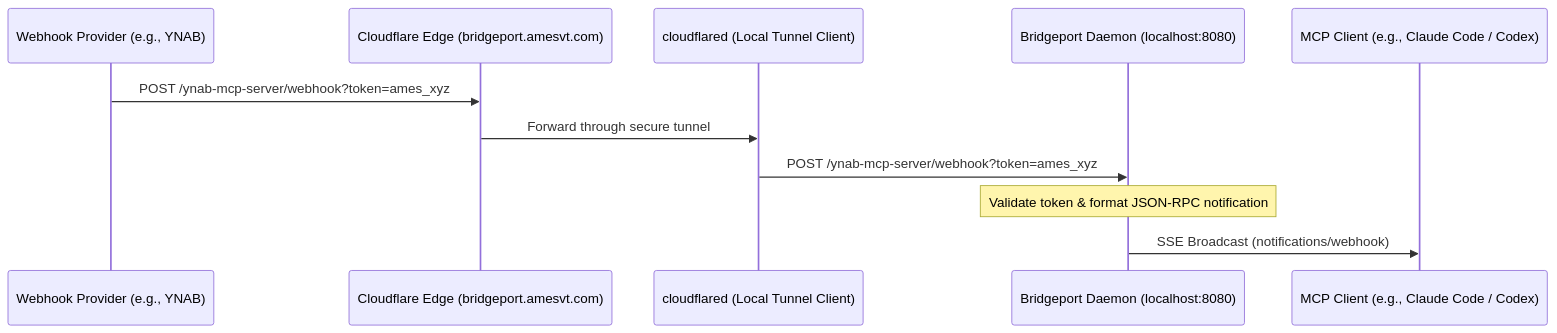
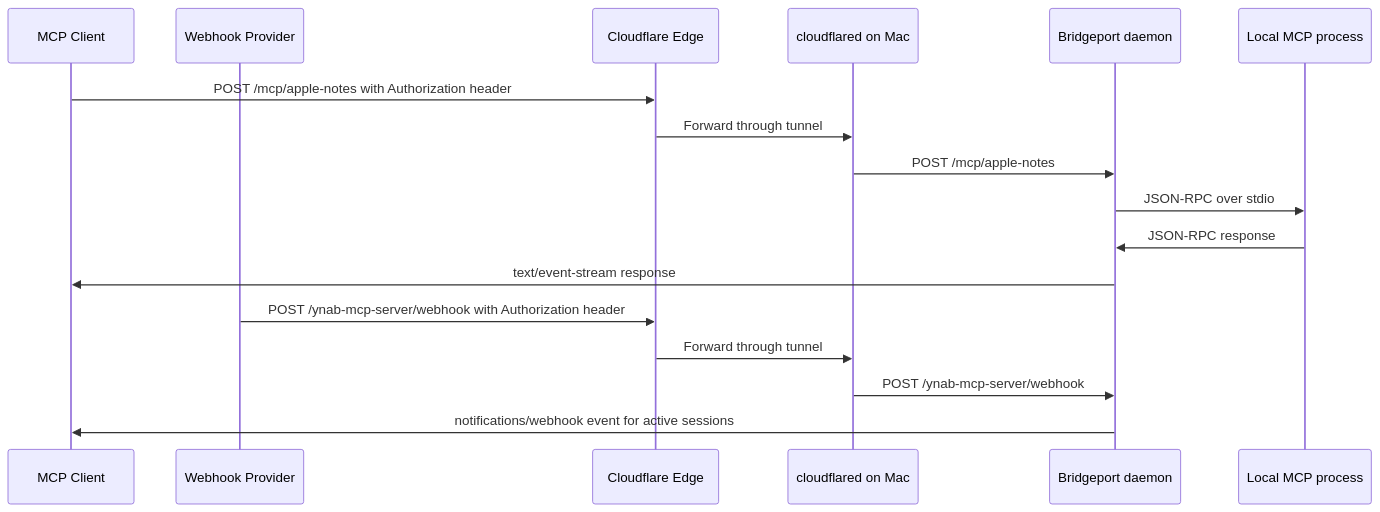
Before and after one commit to oliverames/bridgeport: the diagram in CLOUDFLARE.md, drawn with Mermaid. The commit also changed other lines of this file and 16 other files, not shown here.

````diff
--- a/CLOUDFLARE.md
+++ b/CLOUDFLARE.md
@@ -9,14 +9,21 @@
 ```mermaid
 sequenceDiagram
-    participant External as Webhook Provider (e.g., YNAB)
-    participant CF as Cloudflare Edge (bridgeport.amesvt.com)
-    participant Tunnel as cloudflared (Local Tunnel Client)
-    participant Daemon as Bridgeport Daemon (localhost:8080)
-    participant Client as MCP Client (e.g., Claude Code / Codex)
+    participant Client as MCP Client
+    participant Provider as Webhook Provider
+    participant CF as Cloudflare Edge
+    participant Tunnel as cloudflared on Mac
+    participant Bridgeport as Bridgeport daemon
+    participant Connector as Local MCP process
 
-    External->>CF: POST /ynab-mcp-server/webhook?token=ames_xyz
-    CF->>Tunnel: Forward through secure tunnel
-    Tunnel->>Daemon: POST /ynab-mcp-server/webhook?token=ames_xyz
-    Note over Daemon: Validate token & format JSON-RPC notification
-    Daemon->>Client: SSE Broadcast (notifications/webhook)
+    Client->>CF: POST /mcp/apple-notes with Authorization header
+    CF->>Tunnel: Forward through tunnel
+    Tunnel->>Bridgeport: POST /mcp/apple-notes
+    Bridgeport->>Connector: JSON-RPC over stdio
+    Connector->>Bridgeport: JSON-RPC response
+    Bridgeport->>Client: text/event-stream response
+
+    Provider->>CF: POST /ynab-mcp-server/webhook with Authorization header
+    CF->>Tunnel: Forward through tunnel
+    Tunnel->>Bridgeport: POST /ynab-mcp-server/webhook
+    Bridgeport->>Client: notifications/webhook event for active sessions
 ```
````
